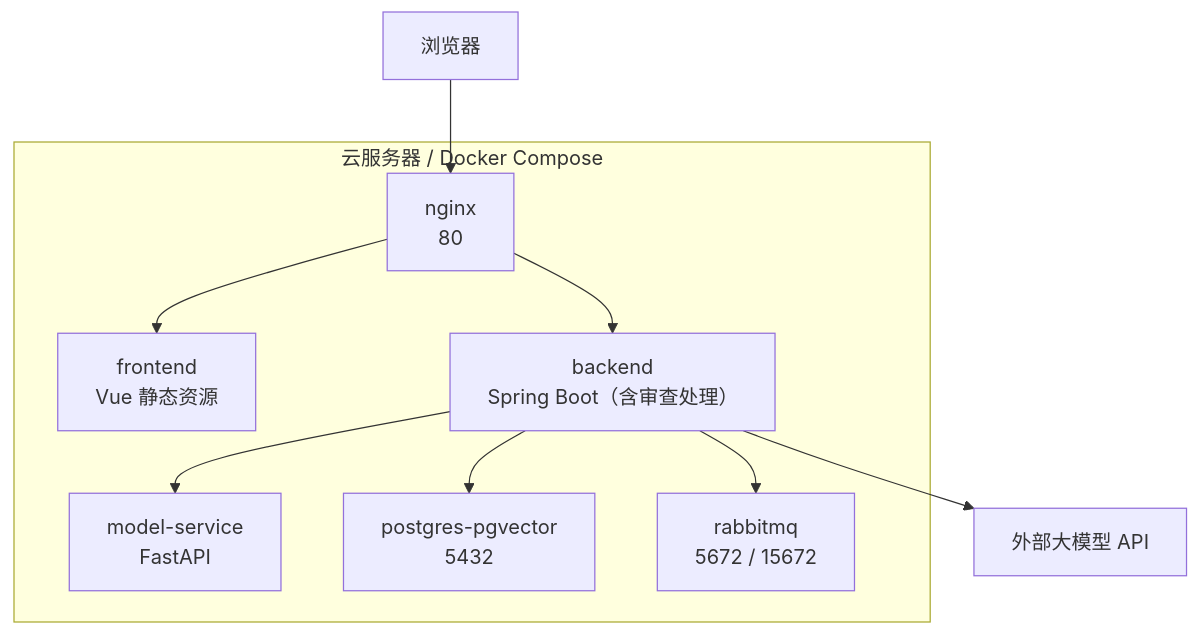
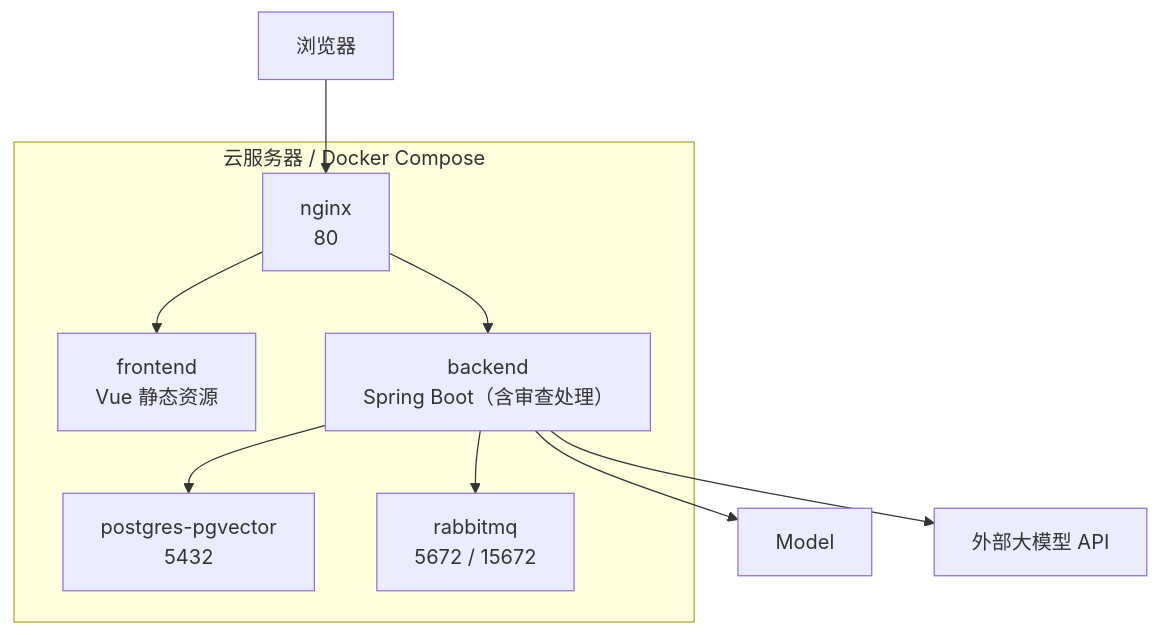
Before and after one commit to LinYsssss/ForgePilot: the fifth of 5 diagrams in docs/01_系统架构设计说明书.md, drawn with Mermaid. The commit also changed other lines of this file and 28 other files, not shown here.

First line of the commit message:
feat(P0): model-service 下线——架构清理,审查链路回归纯 RAG 上下文

````diff
--- a/docs/01_系统架构设计说明书.md
+++ b/docs/01_系统架构设计说明书.md
@@ -185,19 +185,18 @@
 ```mermaid
 flowchart TB
     subgraph Server["云服务器 / Docker Compose"]
         Nginx["nginx<br/>80"]
         Frontend["frontend<br/>Vue 静态资源"]
         Backend["backend<br/>Spring Boot（含审查处理）"]
-        Model["model-service<br/>FastAPI"]
         DB["postgres-pgvector<br/>5432"]
         MQ["rabbitmq<br/>5672 / 15672"]
     end
 
     Browser["浏览器"] --> Nginx
     Nginx --> Frontend
     Nginx --> Backend
     Backend --> DB
     Backend --> MQ
     Backend --> Model
     Backend --> LLM["外部大模型 API"]
 ```
````
